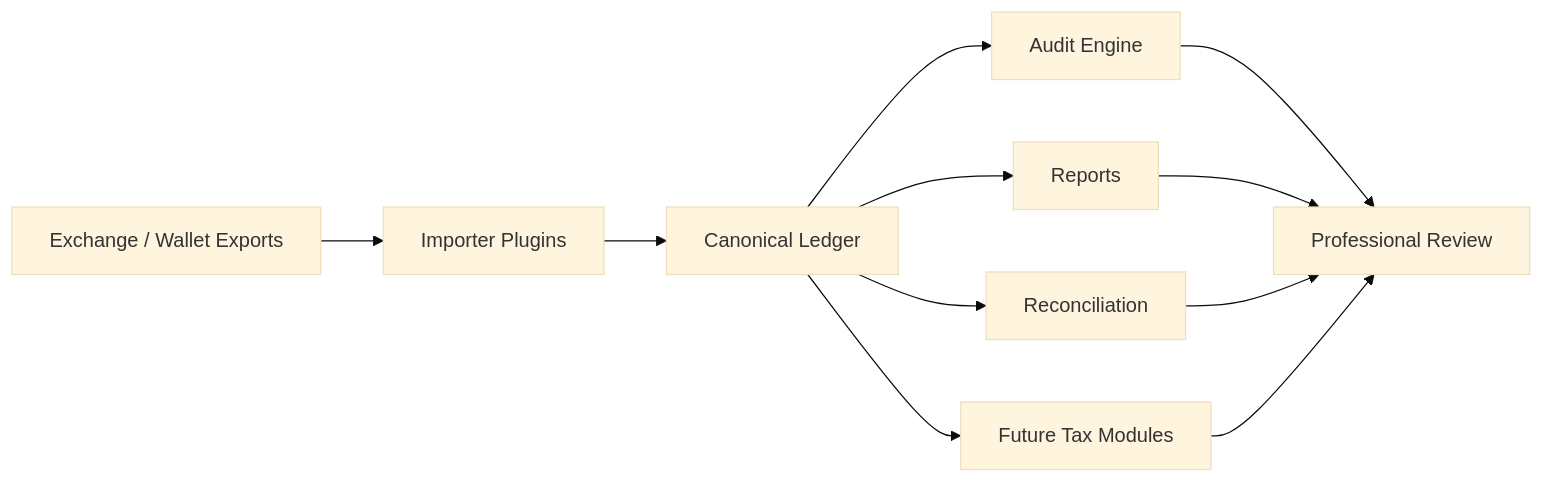
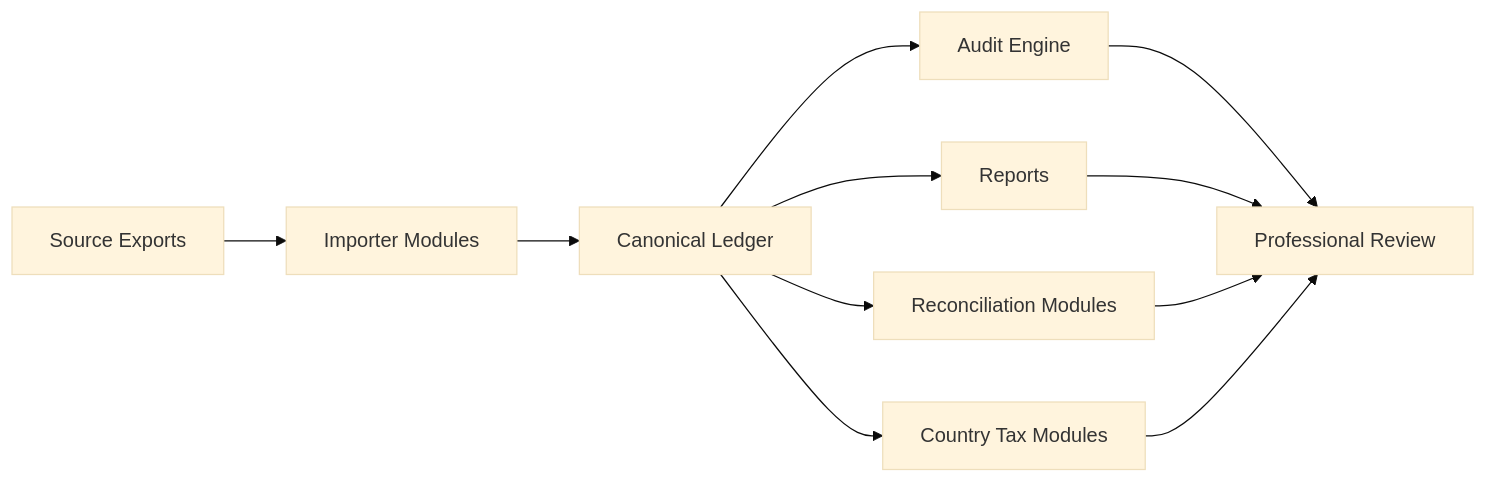
Before and after one commit to Reckonry/Reckonry: the diagram in README.md, drawn with Mermaid (base theme). The commit also changed other lines of this file and 155 other files, not shown here.

````diff
--- a/README.md
+++ b/README.md
@@ -132,13 +127,13 @@
 ```mermaid
 flowchart LR
-    A["Exchange / Wallet Exports"] --> B["Importer Plugins"]
+    A["Source Exports"] --> B["Importer Modules"]
     B --> C["Canonical Ledger"]
     C --> D["Audit Engine"]
     C --> E["Reports"]
-    C --> F["Reconciliation"]
-    C --> G["Future Tax Modules"]
+    C --> F["Reconciliation Modules"]
+    C --> G["Country Tax Modules"]
     D --> H["Professional Review"]
     E --> H
     F --> H
     G --> H
 ```
````
